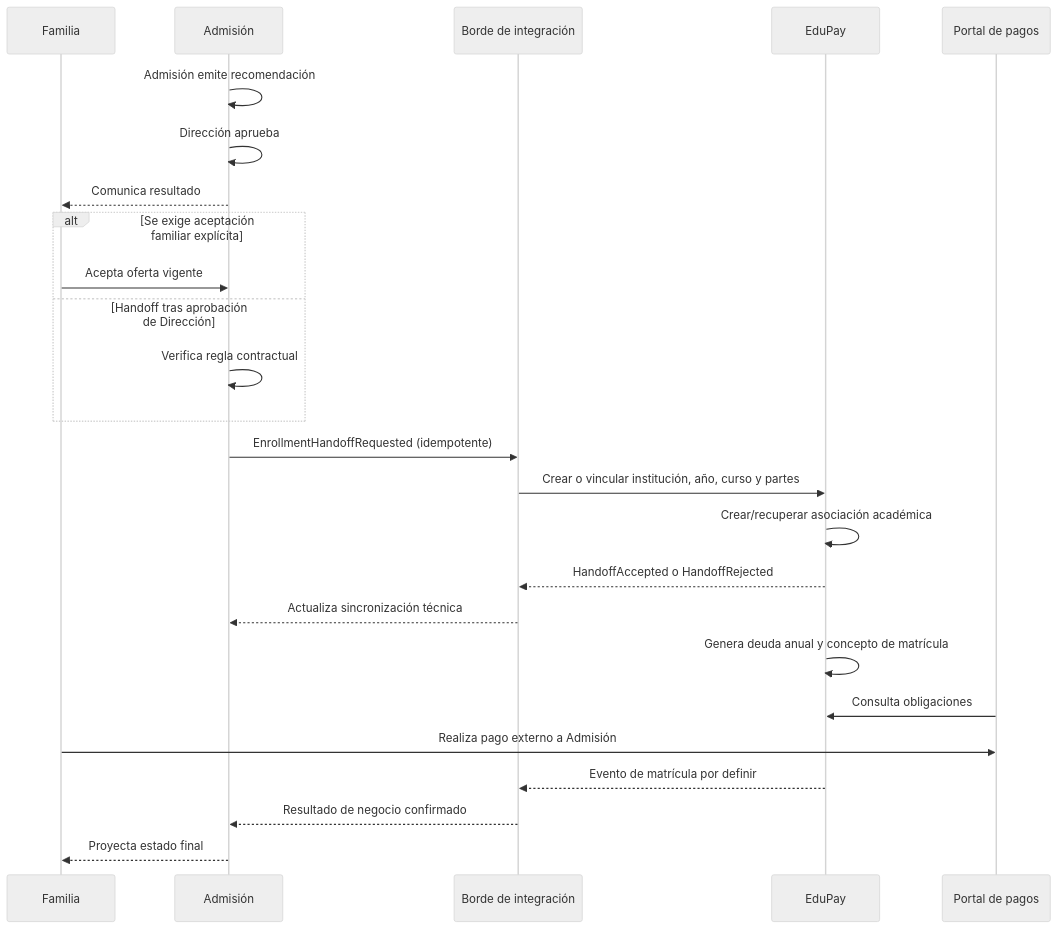
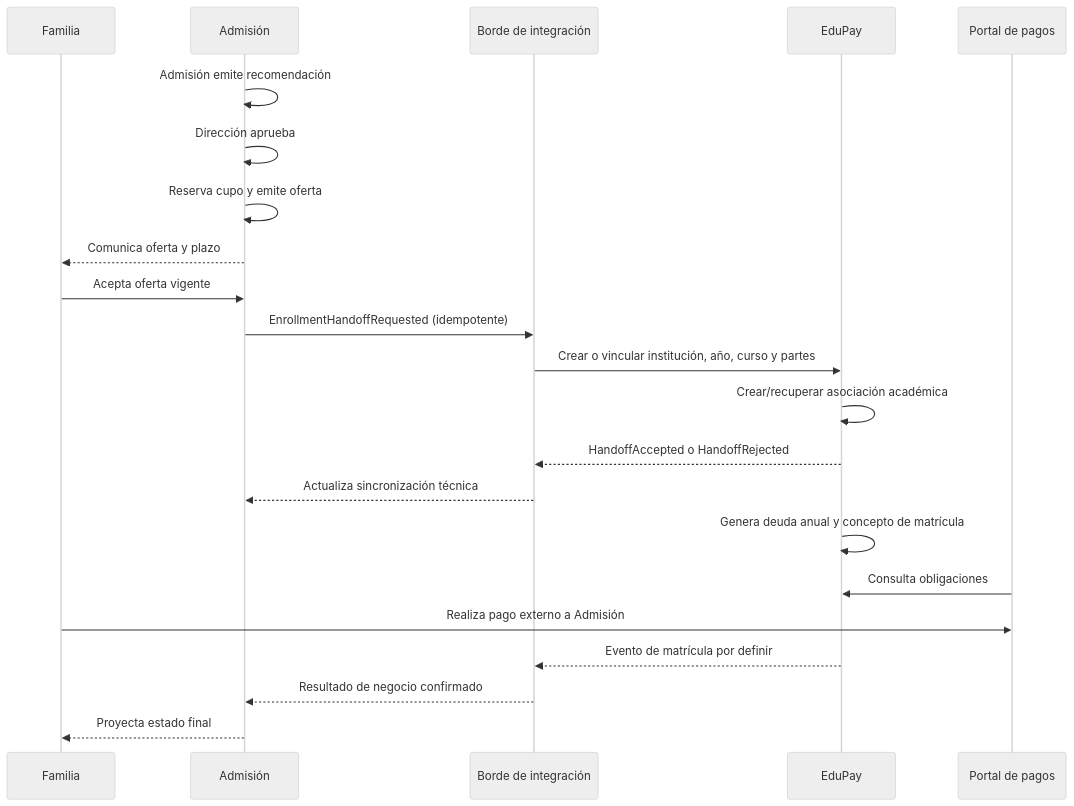
The diagram in docs/07-edupay-integration-boundary.md (Sherydans12/Admision-Edupay), drawn with Mermaid (neutral theme) before and after one commit. The commit also changed other lines of this file and 14 other files, not shown here.

````diff
--- a/docs/07-edupay-integration-boundary.md
+++ b/docs/07-edupay-integration-boundary.md
@@ -70,28 +71,25 @@
 ```mermaid
 sequenceDiagram
     participant Family as Familia
     participant Admission as Admisión
     participant Bridge as Borde de integración
     participant EduPay as EduPay
     participant Payments as Portal de pagos
 
     Admission->>Admission: Admisión emite recomendación
     Admission->>Admission: Dirección aprueba
-    Admission-->>Family: Comunica resultado
-    alt Se exige aceptación familiar explícita
-        Family->>Admission: Acepta oferta vigente
-    else Handoff tras aprobación de Dirección
-        Admission->>Admission: Verifica regla contractual
-    end
+    Admission->>Admission: Reserva cupo y emite oferta
+    Admission-->>Family: Comunica oferta y plazo
+    Family->>Admission: Acepta oferta vigente
     Admission->>Bridge: EnrollmentHandoffRequested (idempotente)
     Bridge->>EduPay: Crear o vincular institución, año, curso y partes
     EduPay->>EduPay: Crear/recuperar asociación académica
     EduPay-->>Bridge: HandoffAccepted o HandoffRejected
     Bridge-->>Admission: Actualiza sincronización técnica
     EduPay->>EduPay: Genera deuda anual y concepto de matrícula
     Payments->>EduPay: Consulta obligaciones
     Family->>Payments: Realiza pago externo a Admisión
     EduPay-->>Bridge: Evento de matrícula por definir
     Bridge-->>Admission: Resultado de negocio confirmado
     Admission-->>Family: Proyecta estado final
 ```
````
